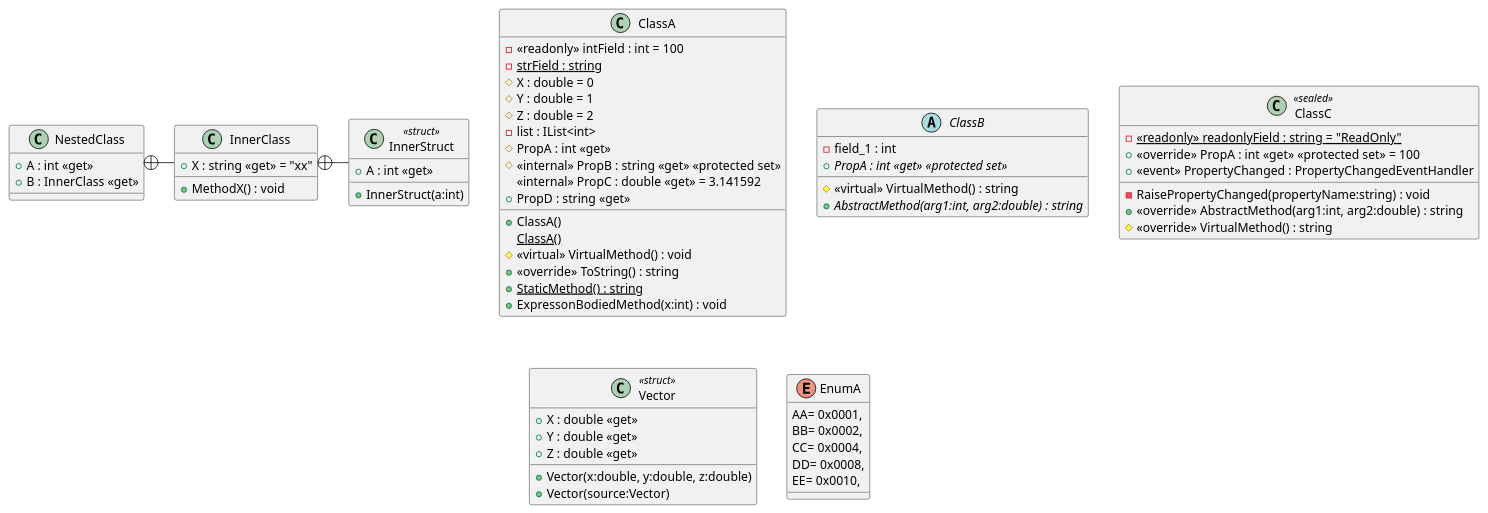
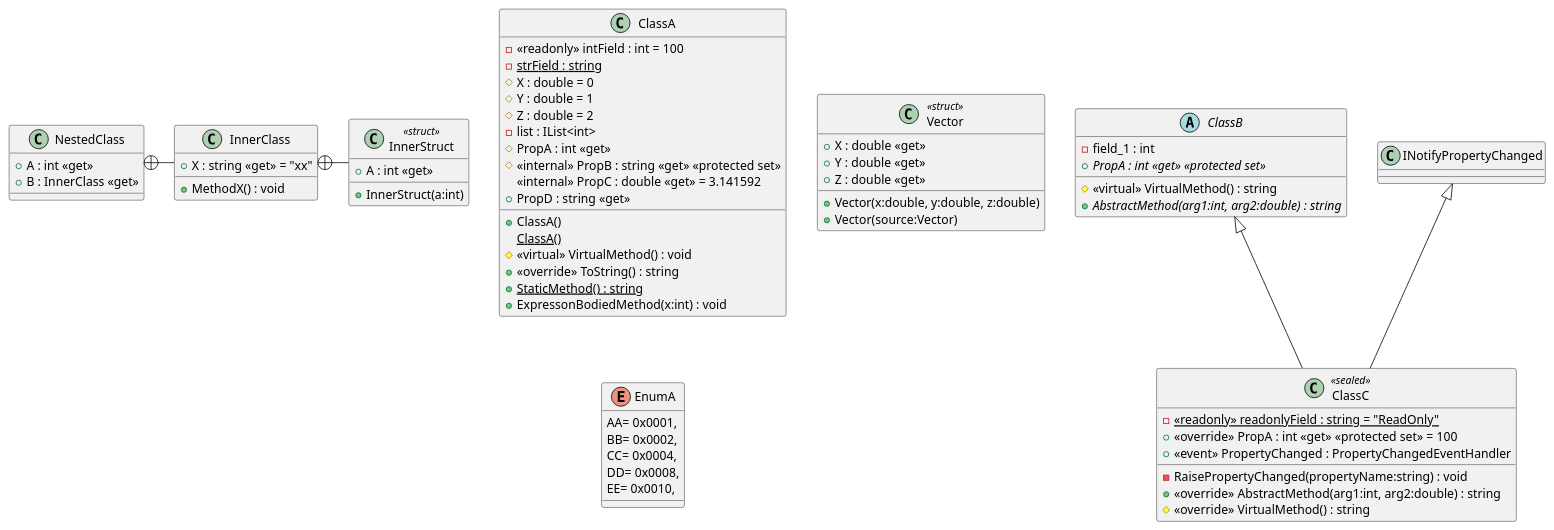
One commit to pierre3/PlantUmlClassDiagramGenerator changed the diagram in PlantUmlClassDiagramGeneratorTest/uml/all.puml. Above: the diagram before and after it, drawn with PlantUML. The commit also changed 9 other files, not shown here.

```diff
--- a/PlantUmlClassDiagramGeneratorTest/uml/all.puml
+++ b/PlantUmlClassDiagramGeneratorTest/uml/all.puml
@@ -1,60 +1,62 @@
 class ClassA {
     - <<readonly>> intField : int = 100
     - {static} strField : string
     # X : double = 0
     # Y : double = 1
     # Z : double = 2
     - list : IList<int>
     # PropA : int <<get>>
     # <<internal>> PropB : string <<get>> <<protected set>>
     <<internal>> PropC : double <<get>> = 3.141592
     + PropD : string <<get>>
     + ClassA()
     {static} ClassA()
     # <<virtual>> VirtualMethod() : void
     + <<override>> ToString() : string
     + {static} StaticMethod() : string
     + ExpressonBodiedMethod(x:int) : void
 }
 abstract class ClassB {
     - field_1 : int
     + {abstract} PropA : int <<get>> <<protected set>>
     # <<virtual>> VirtualMethod() : string
     + {abstract} AbstractMethod(arg1:int, arg2:double) : string
 }
 class ClassC <<sealed>> {
     - {static} <<readonly>> readonlyField : string = "ReadOnly"
     + <<override>> PropA : int <<get>> <<protected set>> = 100
     +  <<event>> PropertyChanged : PropertyChangedEventHandler 
     - RaisePropertyChanged(propertyName:string) : void
     + <<override>> AbstractMethod(arg1:int, arg2:double) : string
     # <<override>> VirtualMethod() : string
 }
 class Vector <<struct>> {
     + X : double <<get>>
     + Y : double <<get>>
     + Z : double <<get>>
     + Vector(x:double, y:double, z:double)
     + Vector(source:Vector)
 }
 enum EnumA {
     AA= 0x0001,
     BB= 0x0002,
     CC= 0x0004,
     DD= 0x0008,
     EE= 0x0010,
 }
 class NestedClass {
     + A : int <<get>>
     + B : InnerClass <<get>>
 }
 class InnerClass {
     + X : string <<get>> = "xx"
     + MethodX() : void
 }
 class InnerStruct <<struct>> {
     + A : int <<get>>
     + InnerStruct(a:int)
 }
 InnerClass +- InnerStruct
 NestedClass +- InnerClass
+ClassB <|-- ClassC
+INotifyPropertyChanged <|-- ClassC
```
